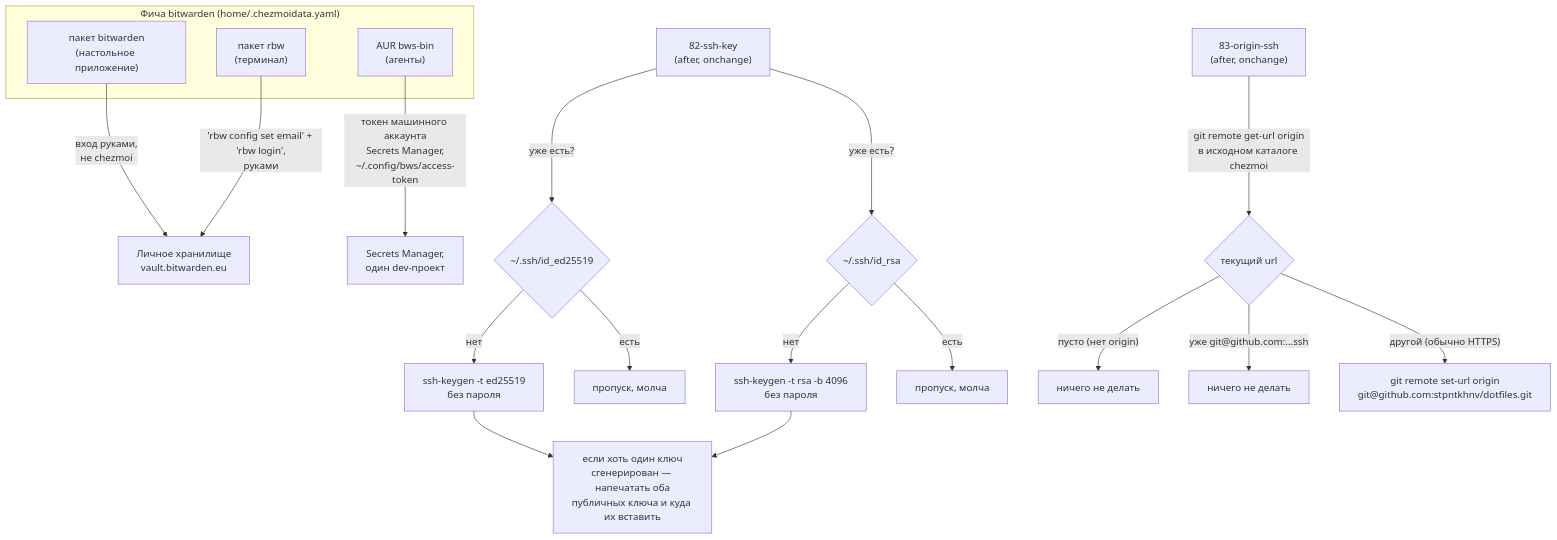
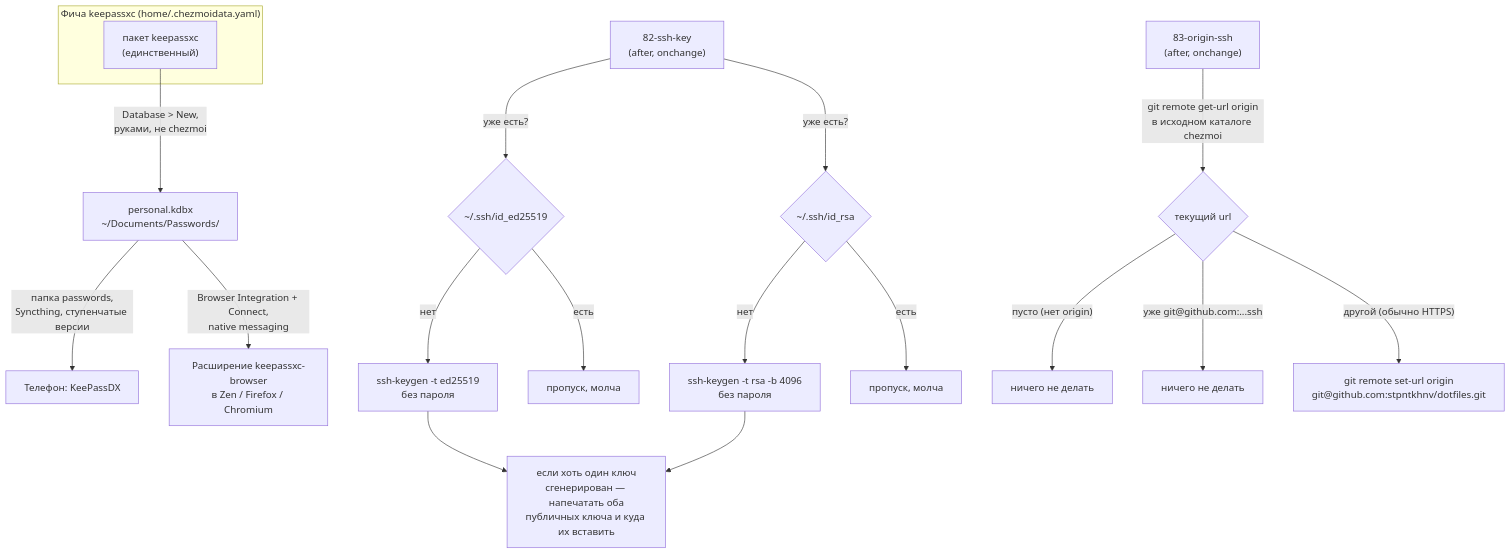
One commit to stpntkhnv/dotfiles changed the diagram in docs/secrets.md. Above: the diagram before and after it, drawn with Mermaid. The commit also changed other lines of this file and 16 other files, not shown here.

Commit message:
bitwarden выпилен: пароли теперь в keepassxc -- один kdbx в syncthing, браузеры через native messaging, телефон через keepassdx

````diff
--- a/docs/secrets.md
+++ b/docs/secrets.md
@@ -36,26 +36,24 @@
 ```mermaid
 flowchart TD
-    subgraph BW["Фича bitwarden (home/.chezmoidata.yaml)"]
-        DESK["пакет bitwarden<br/>(настольное приложение)"]
-        RBW["пакет rbw<br/>(терминал)"]
-        BWS["AUR bws-bin<br/>(агенты)"]
+    subgraph KPX["Фича keepassxc (home/.chezmoidata.yaml)"]
+        PKG["пакет keepassxc<br/>(единственный)"]
     end
 
-    DESK -->|"вход руками,<br/>не chezmoi"| VAULT["Личное хранилище<br/>vault.bitwarden.eu"]
-    RBW -->|"'rbw config set email' + 'rbw login',<br/>руками"| VAULT
-    BWS -->|"токен машинного аккаунта<br/>Secrets Manager,<br/>~/.config/bws/access-token"| SM["Secrets Manager,<br/>один dev-проект"]
+    PKG -->|"Database > New,<br/>руками, не chezmoi"| VAULT["personal.kdbx<br/>~/Documents/Passwords/"]
+    VAULT -->|"папка passwords,<br/>Syncthing, ступенчатые версии"| PHONE["Телефон: KeePassDX"]
+    VAULT -->|"Browser Integration + Connect,<br/>native messaging"| EXT["Расширение keepassxc-browser<br/>в Zen / Firefox / Chromium"]
 
     S82["82-ssh-key<br/>(after, onchange)"] -->|"уже есть?"| EDCHECK{"~/.ssh/id_ed25519"}
     EDCHECK -->|нет| EDGEN["ssh-keygen -t ed25519<br/>без пароля"]
     EDCHECK -->|есть| EDSKIP["пропуск, молча"]
     S82 -->|"уже есть?"| RSACHECK{"~/.ssh/id_rsa"}
     RSACHECK -->|нет| RSAGEN["ssh-keygen -t rsa -b 4096<br/>без пароля"]
     RSACHECK -->|есть| RSASKIP["пропуск, молча"]
     EDGEN --> PRINT["если хоть один ключ<br/>сгенерирован — напечатать оба<br/>публичных ключа и куда их вставить"]
     RSAGEN --> PRINT
 
     S83["83-origin-ssh<br/>(after, onchange)"] -->|"git remote get-url origin<br/>в исходном каталоге chezmoi"| CUR{"текущий url"}
     CUR -->|"пусто (нет origin)"| NOOP1["ничего не делать"]
     CUR -->|"уже git@github.com:...ssh"| NOOP2["ничего не делать"]
     CUR -->|"другой (обычно HTTPS)"| SWITCH["git remote set-url origin<br/>git@github.com:stpntkhnv/dotfiles.git"]
 ```
````
